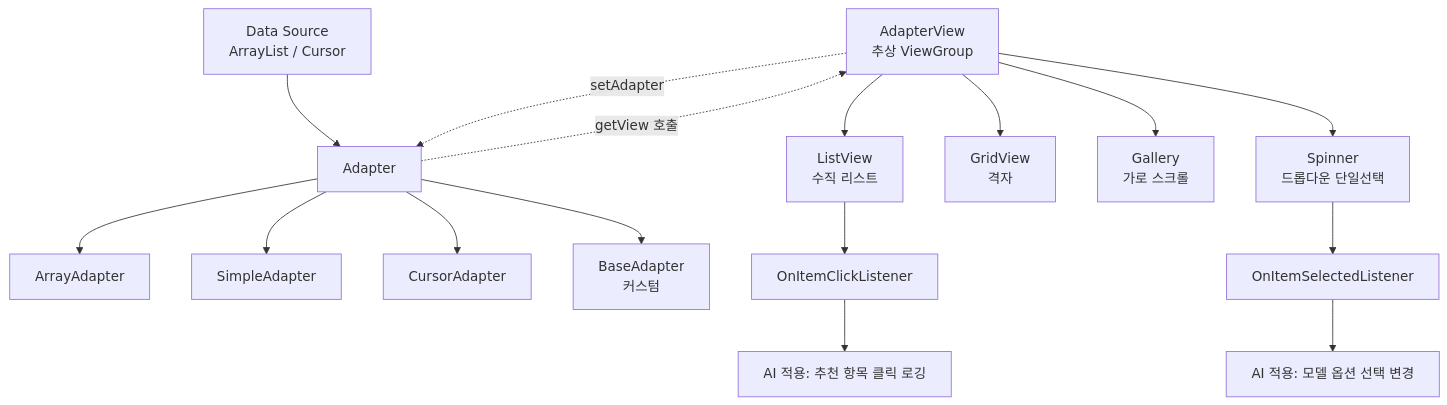
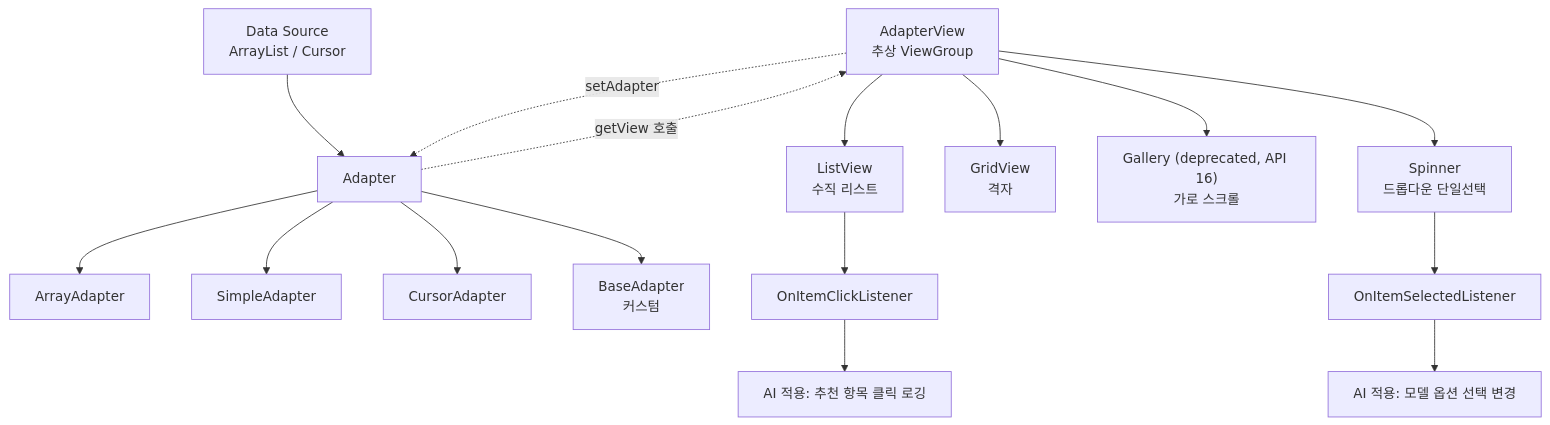
One commit to yang-heeseok/University_KNOU changed the diagram in subjects/4-1/모바일앱프로그래밍/13강.md. Above: the diagram before and after it, drawn with Mermaid. The commit also changed other lines of this file and 14 other files, not shown here.

````diff
--- a/subjects/4-1/모바일앱프로그래밍/13강.md
+++ b/subjects/4-1/모바일앱프로그래밍/13강.md
@@ -82,21 +82,21 @@
 ```mermaid
 graph TD
     A[AdapterView<br/>추상 ViewGroup] --> B[ListView<br/>수직 리스트]
     A --> C[Spinner<br/>드롭다운 단일선택]
     A --> D[GridView<br/>격자]
-    A --> E[Gallery<br/>가로 스크롤]
+    A --> E["Gallery (deprecated, API 16)<br/>가로 스크롤"]
 
     F[Data Source<br/>ArrayList / Cursor] --> G[Adapter]
     G --> G1[ArrayAdapter]
     G --> G2[SimpleAdapter]
     G --> G3[CursorAdapter]
     G --> G4[BaseAdapter<br/>커스텀]
 
     G -. getView 호출 .-> A
     A -. setAdapter .-> G
 
     B --> H[OnItemClickListener]
     C --> I[OnItemSelectedListener]
     H --> J[AI 적용: 추천 항목 클릭 로깅]
     I --> K[AI 적용: 모델 옵션 선택 변경]
 ```
````
